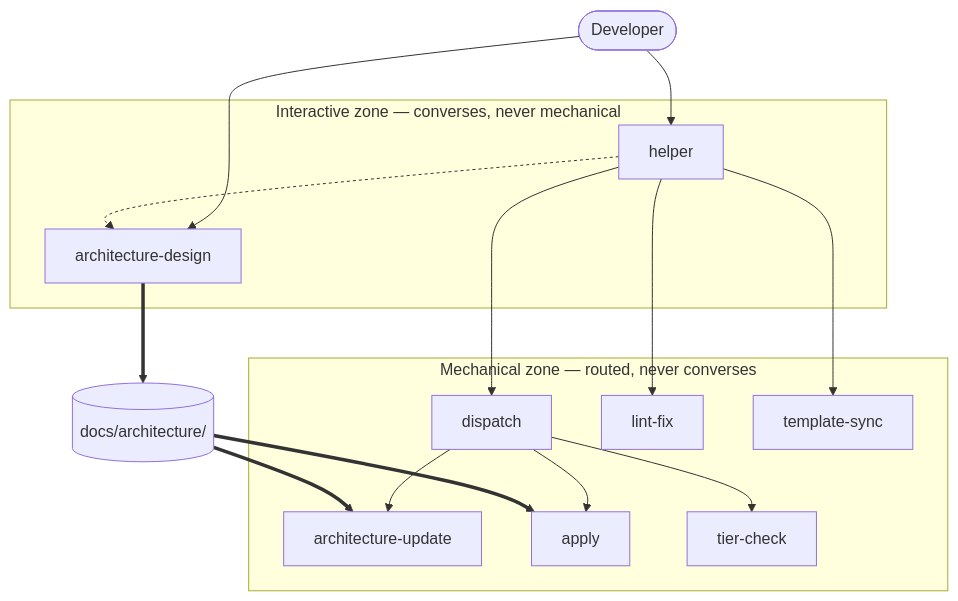
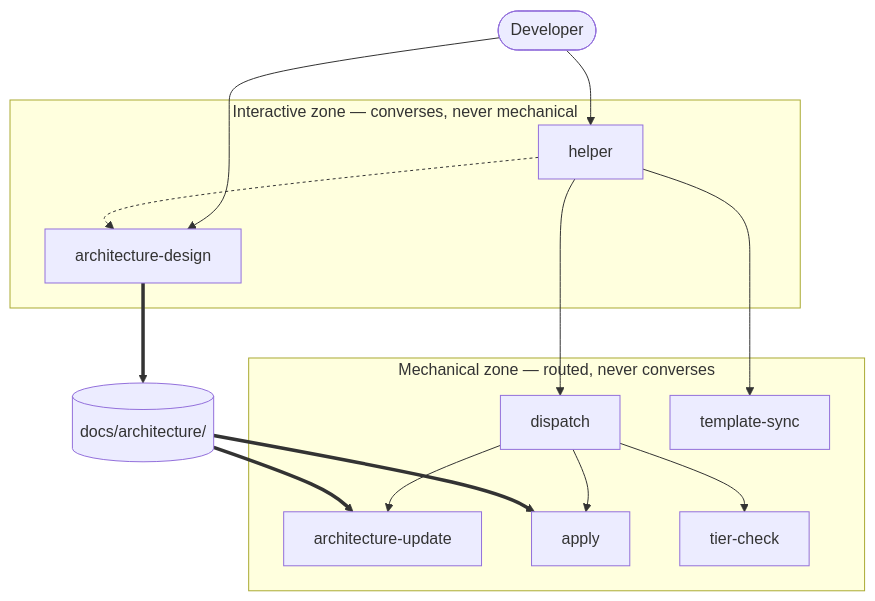
One commit to demaconsulting/Anneal changed the diagram in docs/architecture/process.md. Above: the diagram before and after it, drawn with Mermaid. The commit also changed other lines of this file and 9 other files, not shown here.

````diff
--- a/docs/architecture/process.md
+++ b/docs/architecture/process.md
@@ -100,36 +100,34 @@
 ```mermaid
 flowchart TD
     User(["Developer"])
 
     subgraph Interactive["Interactive zone — converses, never mechanical"]
         Helper[helper]
         ArchDesign[architecture-design]
     end
 
     subgraph Mechanical["Mechanical zone — routed, never converses"]
         Dispatch[dispatch]
         ArchUpdate[architecture-update]
         Apply[apply]
         TierCheck[tier-check]
-        LintFix[lint-fix]
         TemplateSync[template-sync]
     end
 
     Tree[("docs/architecture/")]
 
     User --> Helper
     User --> ArchDesign
     Helper --> Dispatch
-    Helper --> LintFix
     Helper --> TemplateSync
     Dispatch --> ArchUpdate
     Dispatch --> Apply
     Dispatch --> TierCheck
 
     Helper -.-> ArchDesign
     ArchDesign ==> Tree
     Tree ==> ArchUpdate
     Tree ==> Apply
 
-    linkStyle 8 stroke-dasharray: 3 3
+    linkStyle 7 stroke-dasharray: 3 3
 ```
````
